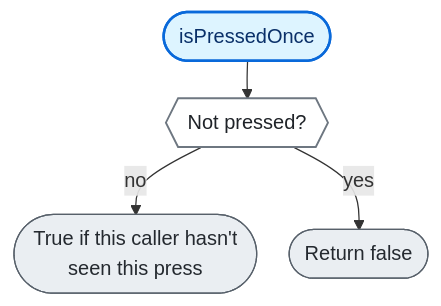
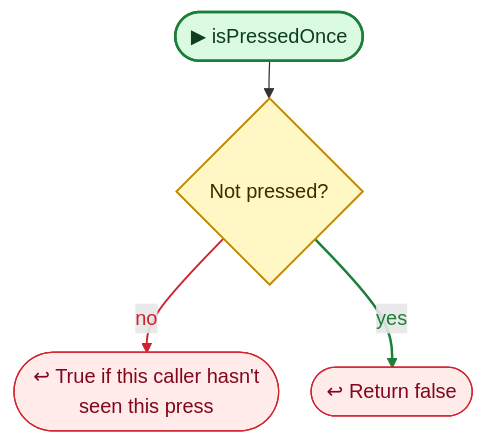
The third of 5 diagrams in CodeGraph~/graph/Controller.cs.md (nataiai/Lord-of-the-Dungeon), drawn with Mermaid before and after one commit. The commit also changed other lines of this file and 44 other files, not shown here.

````diff
--- a/CodeGraph~/graph/Controller.cs.md
+++ b/CodeGraph~/graph/Controller.cs.md
@@ -69,30 +69,36 @@
 ```mermaid
 ---
 config:
   flowchart:
     wrappingWidth: 260
     nodeSpacing: 26
     rankSpacing: 30
 ---
 flowchart TD
-  nS(["isPressedOnce"])
-  n6b18f3{{"Not pressed?"}}
-  n1902d3(["Return false"])
-  n47aeb3(["True if this caller hasn't<br>seen this press"])
+  nS(["▶ isPressedOnce"])
+  n6b18f3{"Not pressed?"}
+  n1902d3(["↩ Return false"])
+  n47aeb3(["↩ True if this caller hasn't<br>seen this press"])
   nS --> n6b18f3
   n6b18f3 -->|no| n47aeb3
   n6b18f3 -->|yes| n1902d3
-  classDef unity fill:#fff1c2,stroke:#9a6700,stroke-width:2px,color:#3b2300
-  classDef start fill:#ddf4ff,stroke:#0969da,stroke-width:2px,color:#0a3069
-  classDef calc fill:#f6f8fa,stroke:#d0d7de,color:#57606a
-  classDef calls fill:#ffffff,stroke:#0969da,stroke-width:2.5px,color:#0a3069
-  classDef cond fill:#ffffff,stroke:#6e7781,stroke-width:1.5px,color:#1f2328
-  classDef loop fill:#fbefff,stroke:#8250df,color:#3e1f79
-  classDef exit fill:#eaeef2,stroke:#57606a,color:#24292f
-  classDef wait fill:#fff8f0,stroke:#bc4c00,color:#4d1d00
+  linkStyle 1 stroke:#cf222e,stroke-width:1.5px,color:#cf222e
+  linkStyle 2 stroke:#1a7f37,stroke-width:2px,color:#1a7f37
+  classDef unity fill:#dafbe1,stroke:#1a7f37,stroke-width:2px,color:#0f3d1d
+  classDef start fill:#dafbe1,stroke:#1a7f37,stroke-width:2px,color:#0f3d1d
+  classDef calc fill:#ffffff,stroke:#d0d7de,color:#57606a
+  classDef calls fill:#ddf4ff,stroke:#0969da,stroke-width:2px,color:#0a3069
+  classDef ext fill:#ddf4ff,stroke:#0969da,stroke-width:2px,stroke-dasharray:5 3,color:#0a3069
+  classDef cond fill:#fff8c5,stroke:#bf8700,stroke-width:1.5px,color:#3d2a00
+  classDef loop fill:#f6f8fa,stroke:#57606a,color:#1f2328
+  classDef exit fill:#ffebe9,stroke:#cf222e,color:#82071e
+  classDef kill fill:#ffebe9,stroke:#cf222e,stroke-width:2px,color:#82071e
+  classDef spawn fill:#dafbe1,stroke:#1a7f37,stroke-width:2px,color:#0f3d1d
+  classDef wait fill:#fff1e5,stroke:#bc4c00,color:#4d1d00
   classDef fin fill:#eaeef2,stroke:#8c959f,color:#57606a
   classDef join fill:#d0d7de,stroke:#8c959f,color:#57606a
+  classDef ghdr fill:#f5f9ff,stroke:#f5f9ff,color:#0a3069,font-weight:bold
   class n6b18f3 cond
   class n1902d3,n47aeb3 exit
   class nS start
 ```
````
